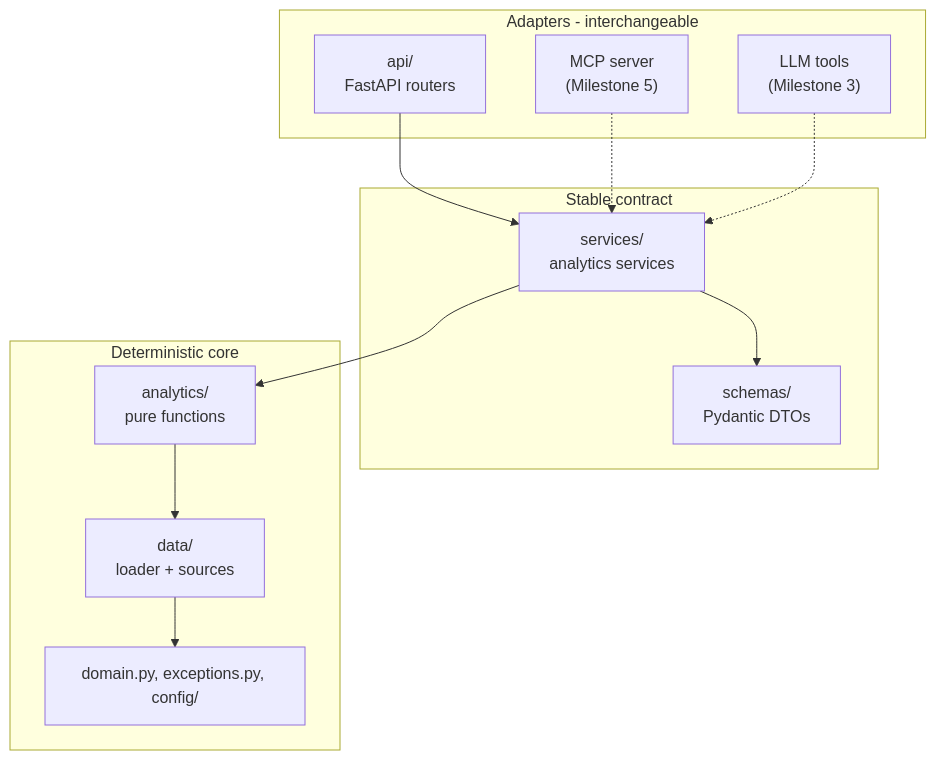
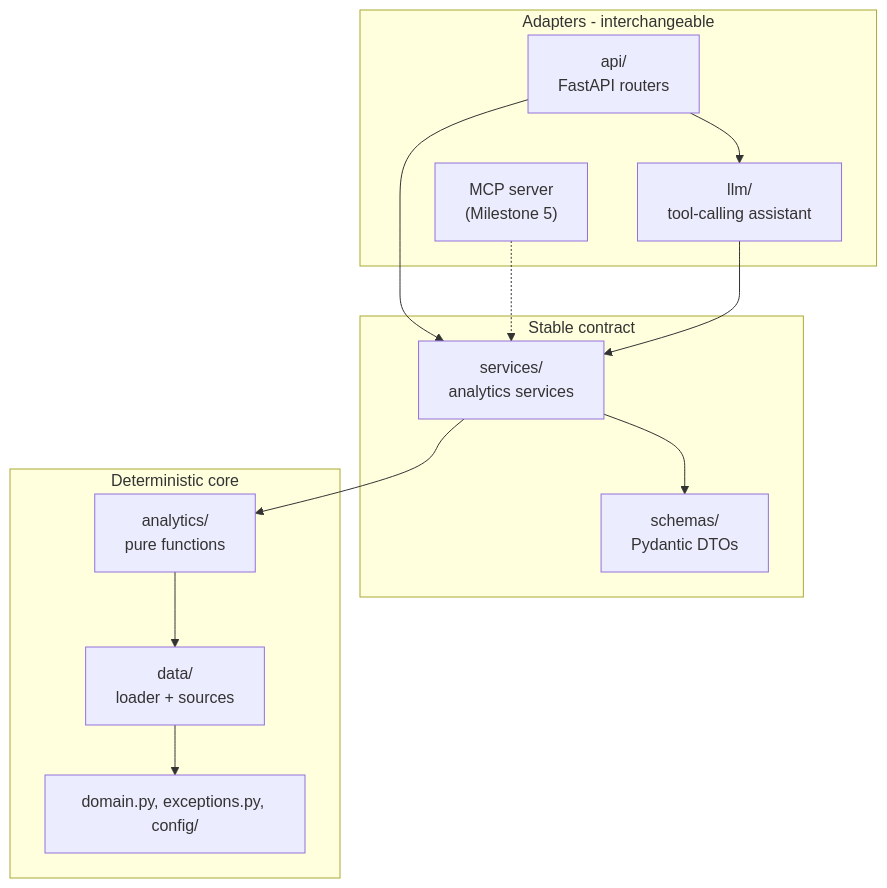
One commit to dcoelho045/NFL-Intelligence-Platform changed the first of 2 diagrams in docs/architecture.md. Above: the diagram before and after it, drawn with Mermaid. The commit also changed other lines of this file and 56 other files, not shown here.

Commit message:
Milestone 3 LLM Tool Calling

````diff
--- a/docs/architecture.md
+++ b/docs/architecture.md
@@ -7,25 +7,26 @@
 ```mermaid
 graph TD
     subgraph adapters["Adapters - interchangeable"]
         API["api/<br/>FastAPI routers"]
         MCP["MCP server<br/>(Milestone 5)"]
-        TOOLS["LLM tools<br/>(Milestone 3)"]
+        TOOLS["llm/<br/>tool-calling assistant"]
     end
     subgraph contract["Stable contract"]
         SCHEMAS["schemas/<br/>Pydantic DTOs"]
         SERVICES["services/<br/>analytics services"]
     end
     subgraph core["Deterministic core"]
         ANALYTICS["analytics/<br/>pure functions"]
         DATA["data/<br/>loader + sources"]
         DOMAIN["domain.py, exceptions.py, config/"]
     end
 
     API --> SERVICES
+    API --> TOOLS
     MCP -.-> SERVICES
-    TOOLS -.-> SERVICES
+    TOOLS --> SERVICES
     SERVICES --> SCHEMAS
     SERVICES --> ANALYTICS
     ANALYTICS --> DATA
     DATA --> DOMAIN
 ```
````
